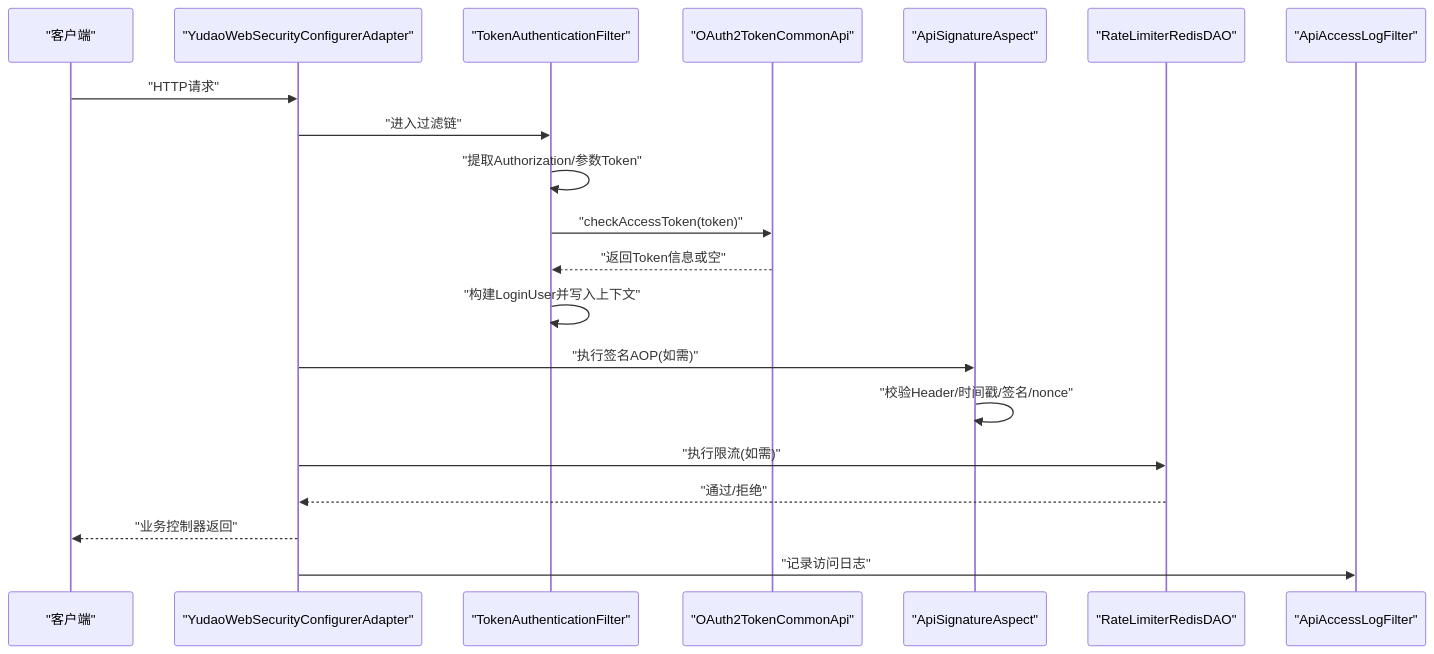
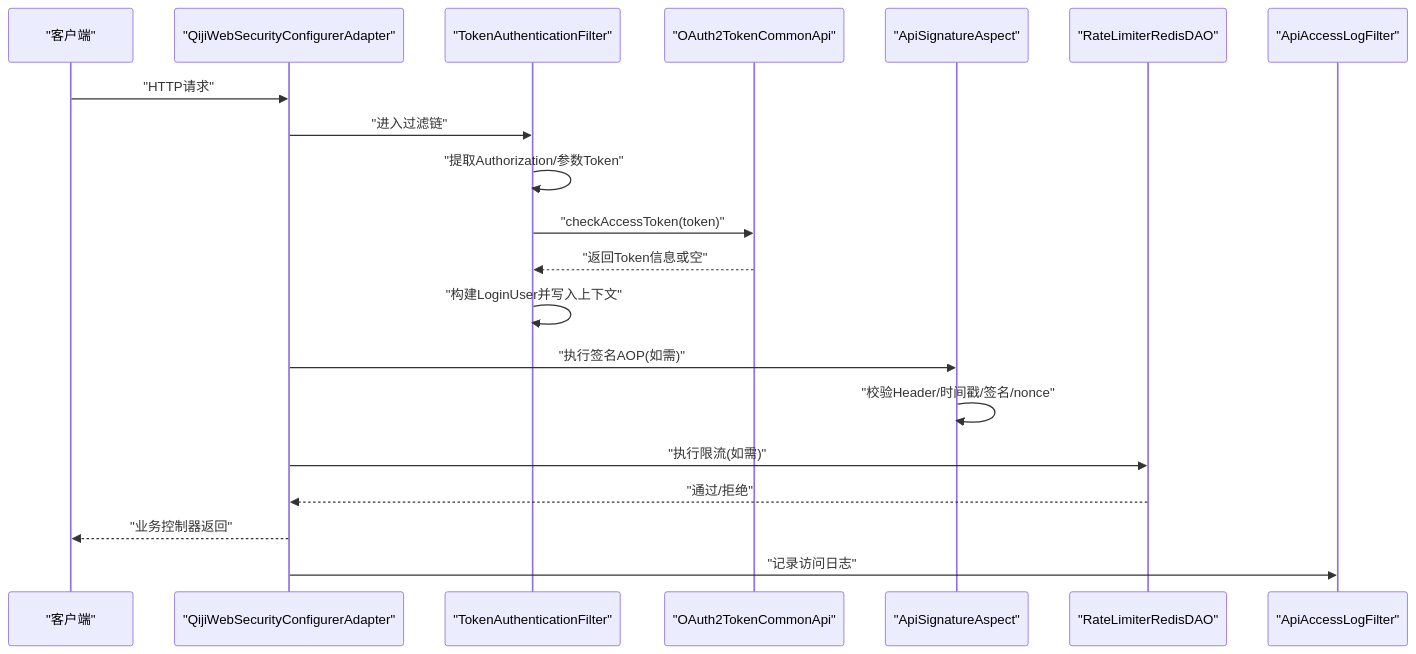
Before and after one commit to zhuangpengLI/AgenticCPS: the second of 6 diagrams in backend/.qoder/repowiki/zh/content/安全与权限/API安全防护/API安全防护.md, drawn with Mermaid. The commit also changed other lines of this file and 3489 other files, not shown here.

````diff
--- a/backend/.qoder/repowiki/zh/content/安全与权限/API安全防护/API安全防护.md
+++ b/backend/.qoder/repowiki/zh/content/安全与权限/API安全防护/API安全防护.md
@@ -136,22 +136,22 @@
 ```mermaid
 sequenceDiagram
 participant C as "客户端"
-participant SEC as "YudaoWebSecurityConfigurerAdapter"
+participant SEC as "QijiWebSecurityConfigurerAdapter"
 participant TOK as "TokenAuthenticationFilter"
 participant OA as "OAuth2TokenCommonApi"
 participant AOP as "ApiSignatureAspect"
 participant RL as "RateLimiterRedisDAO"
 participant LOG as "ApiAccessLogFilter"
 C->>SEC : "HTTP请求"
 SEC->>TOK : "进入过滤链"
 TOK->>TOK : "提取Authorization/参数Token"
 TOK->>OA : "checkAccessToken(token)"
 OA-->>TOK : "返回Token信息或空"
 TOK->>TOK : "构建LoginUser并写入上下文"
 SEC->>AOP : "执行签名AOP(如需)"
 AOP->>AOP : "校验Header/时间戳/签名/nonce"
 SEC->>RL : "执行限流(如需)"
 RL-->>SEC : "通过/拒绝"
 SEC-->>C : "业务控制器返回"
 SEC->>LOG : "记录访问日志"
 ```
````
